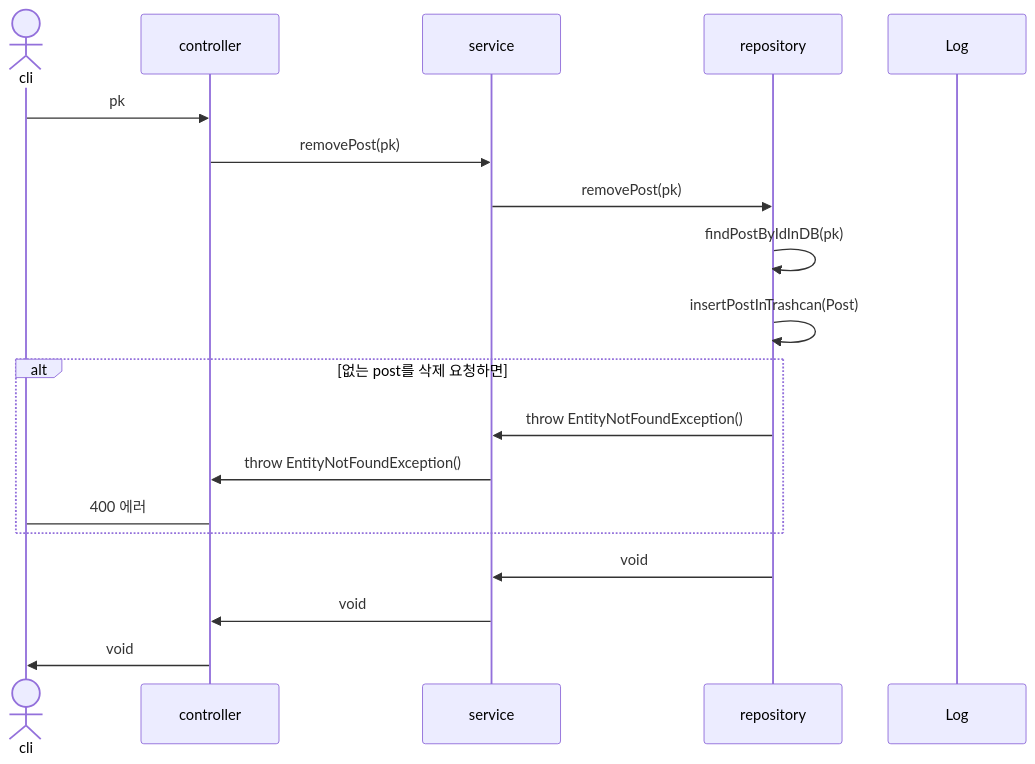
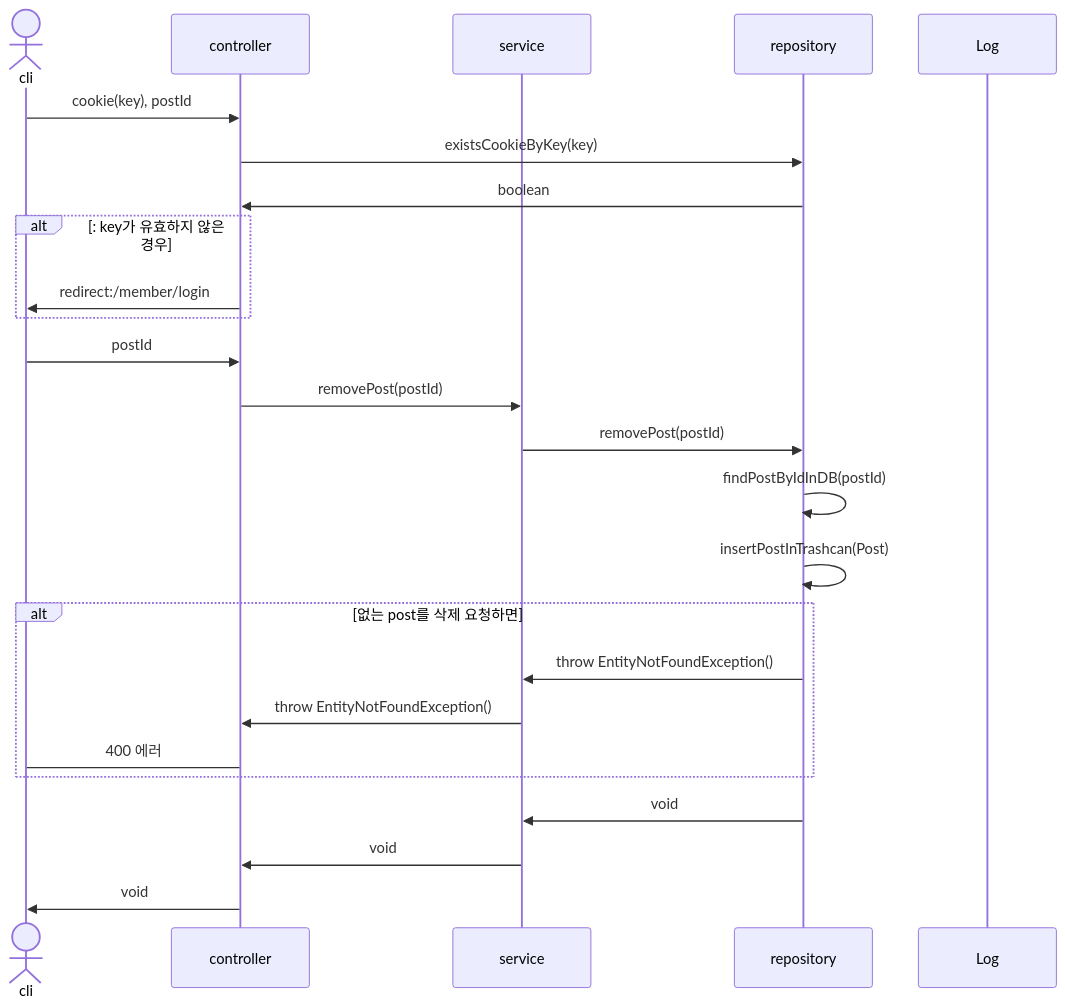
Diagram 27 of 29 in sequence.md (mtak0235/snsX), drawn with Mermaid before and after one commit. The commit also changed other lines of this file, not shown here.

Commit message:
update removePost sequence diagram

````diff
--- a/sequence.md
+++ b/sequence.md
@@ -672,22 +630,28 @@
 ```mermaid
 sequenceDiagram
 actor cli
 participant c as controller
 participant s as service
 participant r as repository
 participant l as Log
 
-cli->>c: pk
-c->>s: removePost(pk)
-s->>r: removePost(pk)
-r->>r: findPostByIdInDB(pk)
+cli->>c: cookie(key), postId
+c->>r: existsCookieByKey(key)
+r->>c: boolean
+alt: key가 유효하지 않은 경우
+c->>cli: redirect:/member/login
+end
+cli->>c: postId
+c->>s: removePost(postId)
+s->>r: removePost(postId)
+r->>r: findPostByIdInDB(postId)
 r->>r: insertPostInTrashcan(Post)
 alt 없는 post를 삭제 요청하면
 r->>s: throw EntityNotFoundException()
 s->>c: throw EntityNotFoundException()
 c->cli: 400 에러
 end
 r->>s: void
 s->>c: void
 c->>cli: void
 ```
````
